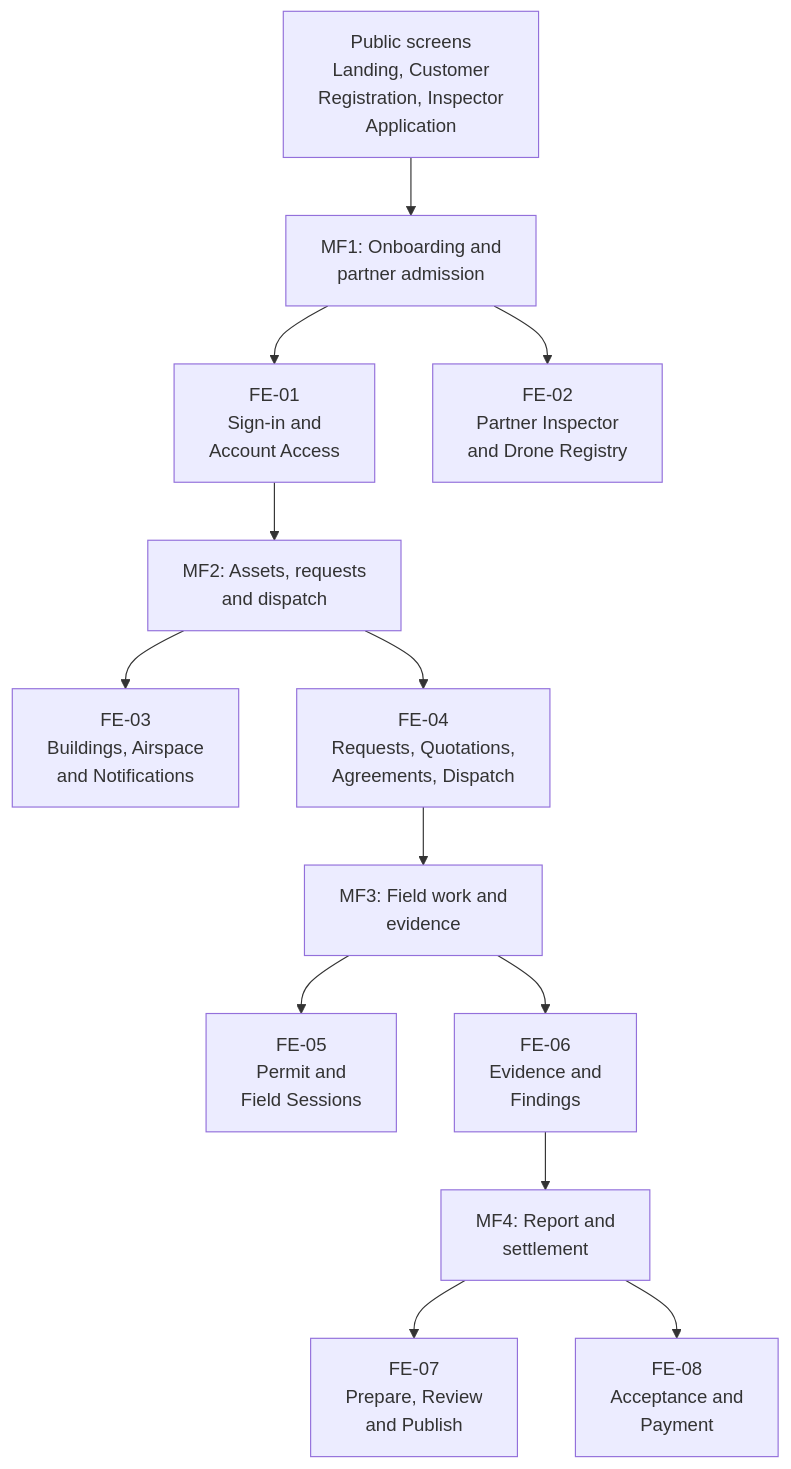
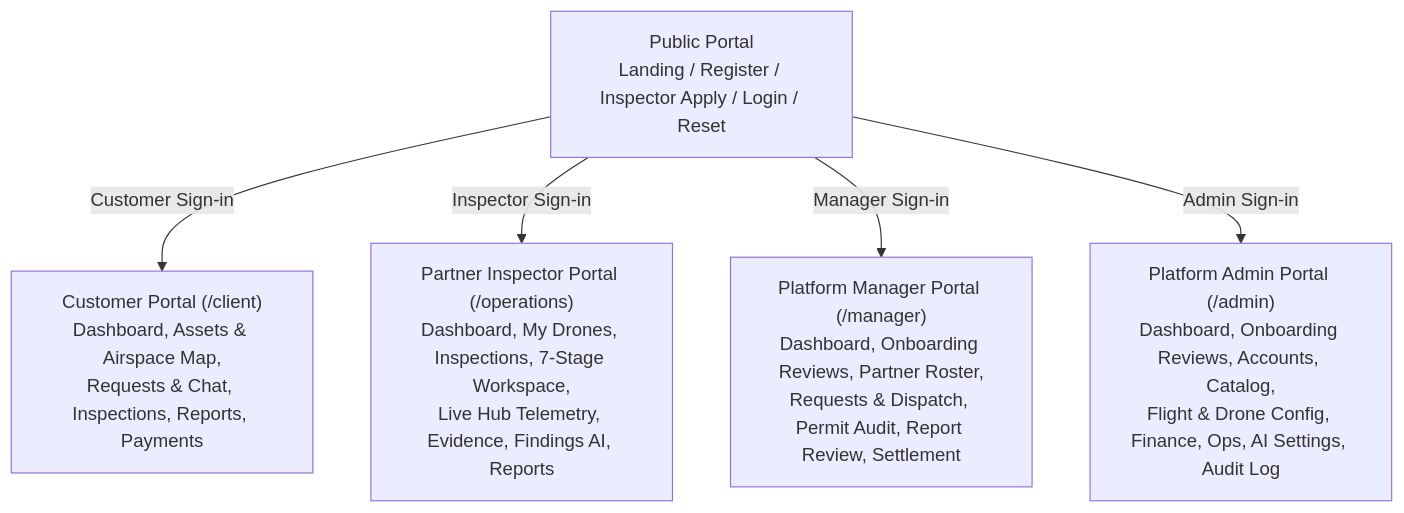
One commit to tungbach12/SmartDroneInspection-Docs changed the second of 4 diagrams in reports/report-7-final-project-report/03-software-requirement-specification.md. Above: the diagram before and after it, drawn with Mermaid. The commit also changed other lines of this file and 171 other files, not shown here.

Commit message:
docs(report7): recapture 81 SRS and 40 manual screenshots with real assets

````diff
--- a/reports/report-7-final-project-report/03-software-requirement-specification.md
+++ b/reports/report-7-final-project-report/03-software-requirement-specification.md
@@ -133,34 +135,14 @@
 ```mermaid
-%% title: Business Screens Flow Diagram
+%% title: Web Application Screen Flow Diagram
 flowchart TD
-  PUB["Public screens<br/>Landing, Customer<br/>Registration, Inspector<br/>Application"]
+  PUB["Public Portal<br/>Landing / Register / Inspector Apply / Login / Reset"]
+  CUS["Customer Portal (/client)<br/>Dashboard, Assets & Airspace Map,<br/>Requests & Chat, Inspections, Reports, Payments"]
+  INS["Partner Inspector Portal (/operations)<br/>Dashboard, My Drones, Inspections, 7-Stage Workspace,<br/>Live Hub Telemetry, Evidence, Findings AI, Reports"]
+  MGR["Platform Manager Portal (/manager)<br/>Dashboard, Onboarding Reviews, Partner Roster,<br/>Requests & Dispatch, Permit Audit, Report Review, Settlement"]
+  ADM["Platform Admin Portal (/admin)<br/>Dashboard, Onboarding Reviews, Accounts, Catalog,<br/>Flight & Drone Config, Finance, Ops, AI Settings, Audit Log"]
 
-  MF1["MF1: Onboarding and<br/>partner admission"]
-  FE01["FE-01<br/>Sign-in and<br/>Account Access"]
-  FE02["FE-02<br/>Partner Inspector<br/>and Drone Registry"]
-
-  MF2["MF2: Assets, requests<br/>and dispatch"]
-  FE03["FE-03<br/>Buildings, Airspace<br/>and Notifications"]
-  FE04["FE-04<br/>Requests, Quotations,<br/>Agreements, Dispatch"]
-
-  MF3["MF3: Field work and<br/>evidence"]
-  FE05["FE-05<br/>Permit and<br/>Field Sessions"]
-  FE06["FE-06<br/>Evidence and<br/>Findings"]
-
-  MF4["MF4: Report and<br/>settlement"]
-  FE07["FE-07<br/>Prepare, Review<br/>and Publish"]
-  FE08["FE-08<br/>Acceptance and<br/>Payment"]
-
-  PUB --> MF1
-  MF1 --> FE01
-  MF1 --> FE02
-  FE01 --> MF2
-  MF2 --> FE03
-  MF2 --> FE04
-  FE04 --> MF3
-  MF3 --> FE05
-  MF3 --> FE06
-  FE06 --> MF4
-  MF4 --> FE07
-  MF4 --> FE08
+  PUB -->|"Customer Sign-in"| CUS
+  PUB -->|"Inspector Sign-in"| INS
+  PUB -->|"Manager Sign-in"| MGR
+  PUB -->|"Admin Sign-in"| ADM
 ```
````
